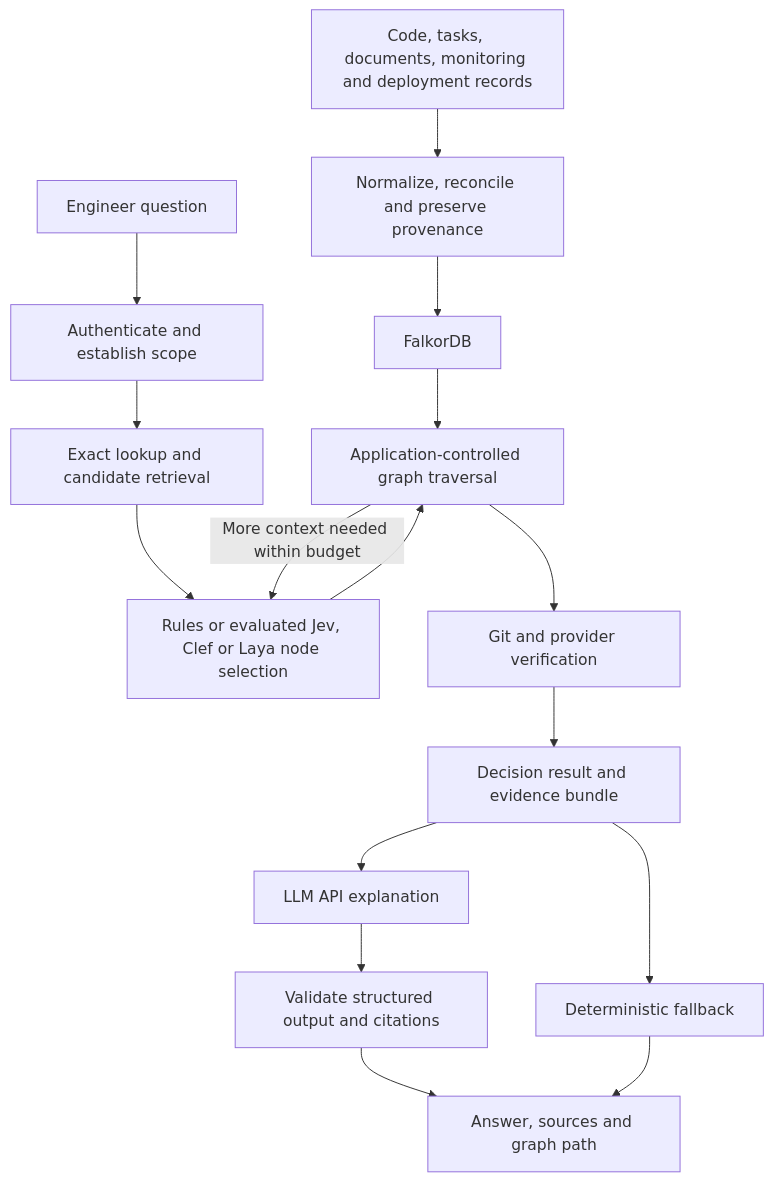
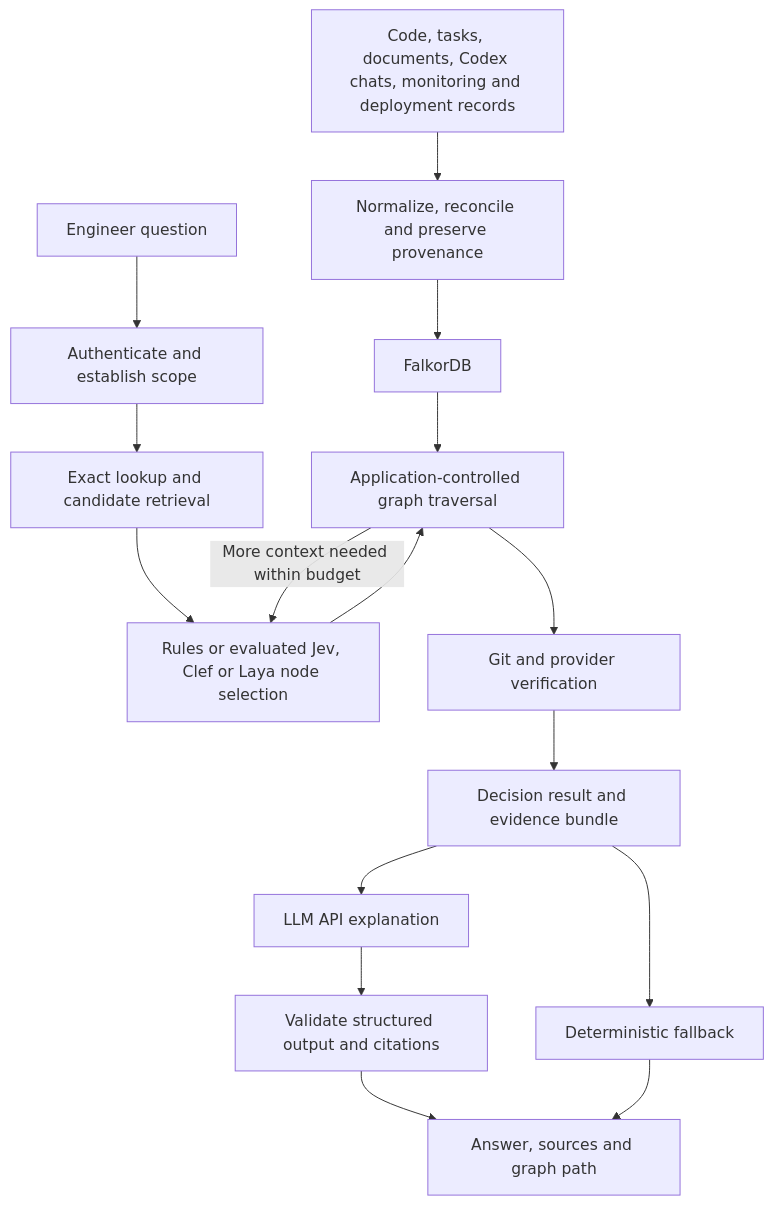
Before and after one commit to rohith-rr/FalcorDB-Hackathon3: the diagram in requirement_doc.md, drawn with Mermaid. The commit also changed other lines of this file and 20 other files, not shown here.

````diff
--- a/requirement_doc.md
+++ b/requirement_doc.md
@@ -31,18 +31,18 @@
 ```mermaid
 flowchart TD
-    Sources[Code, tasks, documents, monitoring and deployment records] --> Ingest[Normalize, reconcile and preserve provenance]
+    Sources[Code, tasks, documents, Codex chats, monitoring and deployment records] --> Ingest[Normalize, reconcile and preserve provenance]
     Ingest --> Graph[FalkorDB]
     Question[Engineer question] --> Scope[Authenticate and establish scope]
     Scope --> Resolve[Exact lookup and candidate retrieval]
     Resolve --> Router[Rules or evaluated Jev, Clef or Laya node selection]
     Router --> Traverse[Application-controlled graph traversal]
     Graph --> Traverse
     Traverse -->|More context needed within budget| Router
     Traverse --> Verify[Git and provider verification]
     Verify --> Bundle[Decision result and evidence bundle]
     Bundle --> LLM[LLM API explanation]
     Bundle --> Fallback[Deterministic fallback]
     LLM --> Validate[Validate structured output and citations]
     Validate --> UI[Answer, sources and graph path]
     Fallback --> UI
 ```
````
